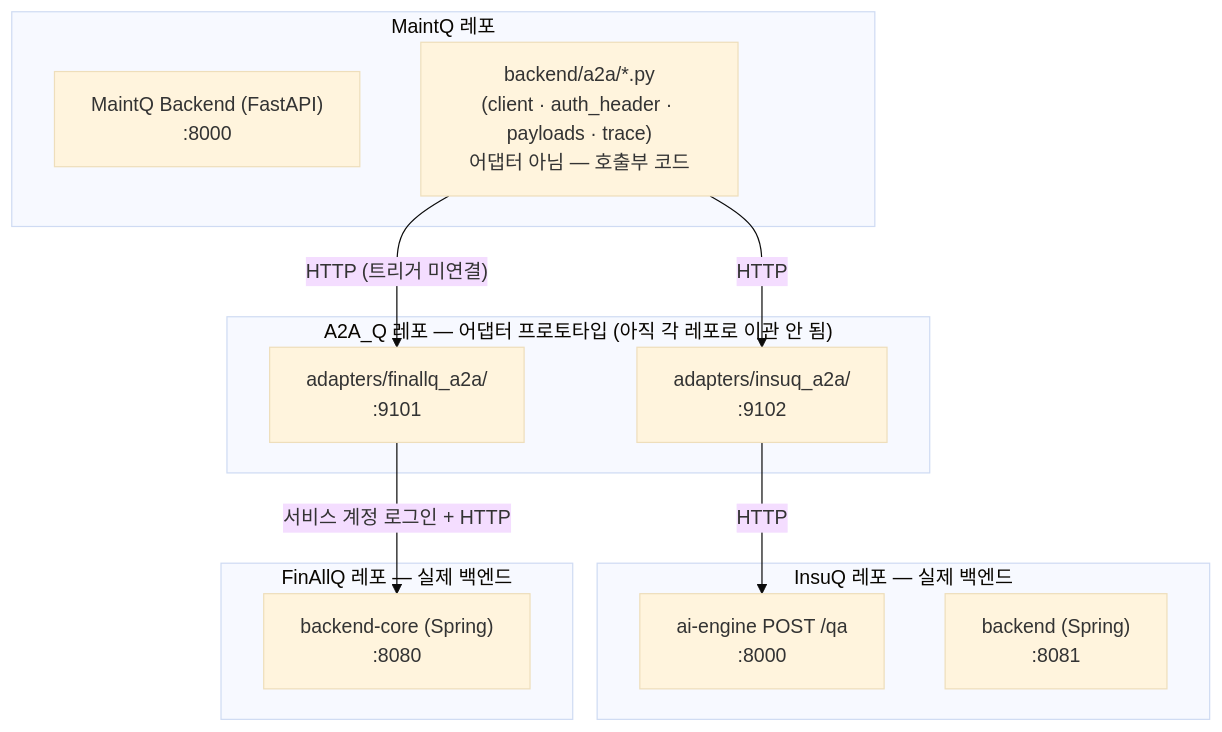
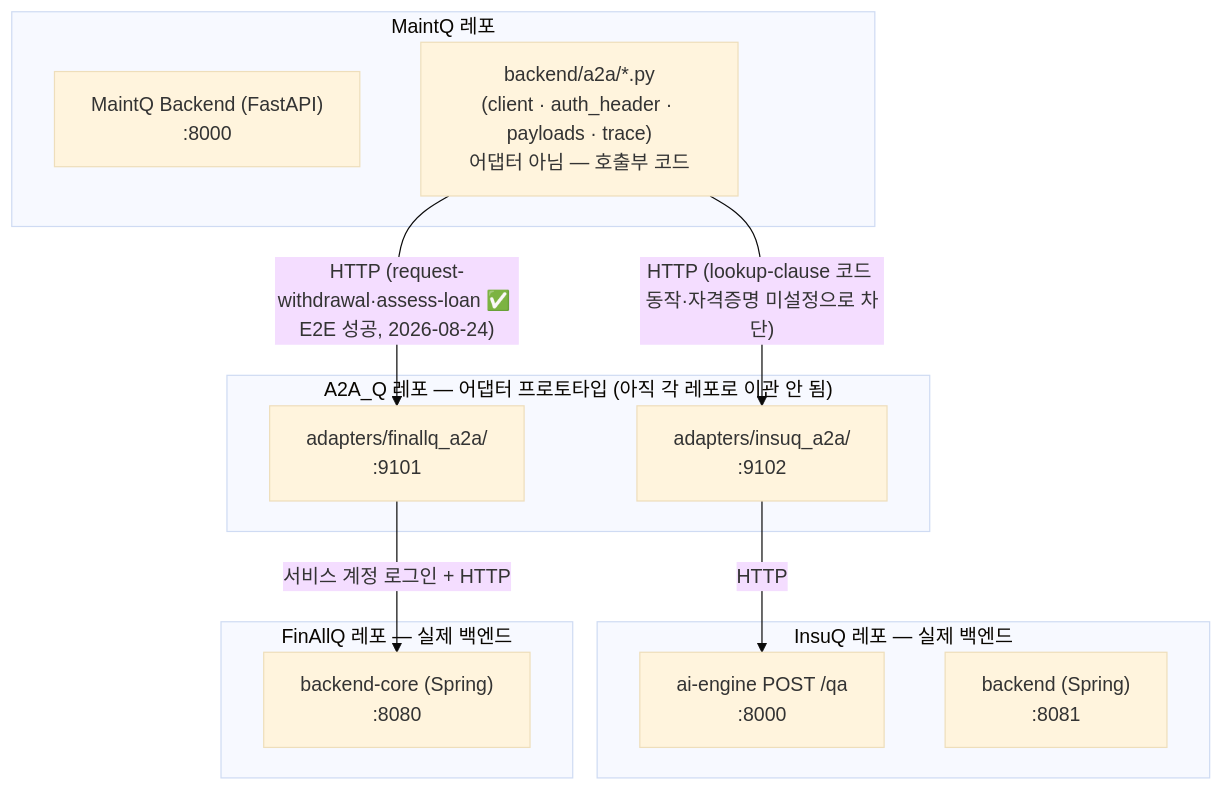
One commit to ttogle918/QMesh changed the fourth of 6 diagrams in A2A_DIAGRAMS.md. Above: the diagram before and after it, drawn with Mermaid (base theme). The commit also changed other lines of this file and 1 other file, not shown here.

First line of the commit message:
docs: MaintQ 아웃바운드 A2A 실 E2E 성공 반영 (request-withdrawal·assess-loan)

````diff
--- a/A2A_DIAGRAMS.md
+++ b/A2A_DIAGRAMS.md
@@ -126,26 +149,26 @@
 ```mermaid
 graph TD
     subgraph MAINTQ_REPO ["MaintQ 레포"]
         MQ_BACKEND["MaintQ Backend (FastAPI)<br>:8000"]
         MQ_A2A["backend/a2a/*.py<br>(client · auth_header · payloads · trace)<br>어댑터 아님 — 호출부 코드"]
     end
 
     subgraph A2A_Q_REPO ["A2A_Q 레포 — 어댑터 프로토타입 (아직 각 레포로 이관 안 됨)"]
         INSUQ_ADAPTER["adapters/insuq_a2a/<br>:9102"]
         FINALLQ_ADAPTER["adapters/finallq_a2a/<br>:9101"]
     end
 
     subgraph INSUQ_REPO ["InsuQ 레포 — 실제 백엔드"]
         INSUQ_AI["ai-engine POST /qa<br>:8000"]
         INSUQ_SPRING["backend (Spring)<br>:8081"]
     end
 
     subgraph FINALLQ_REPO ["FinAllQ 레포 — 실제 백엔드"]
         FA_CORE["backend-core (Spring)<br>:8080"]
     end
 
-    MQ_A2A -- "HTTP" --> INSUQ_ADAPTER
-    MQ_A2A -- "HTTP (트리거 미연결)" --> FINALLQ_ADAPTER
+    MQ_A2A -- "HTTP (lookup-clause 코드 동작·자격증명 미설정으로 차단)" --> INSUQ_ADAPTER
+    MQ_A2A -- "HTTP (request-withdrawal·assess-loan ✅ E2E 성공, 2026-08-24)" --> FINALLQ_ADAPTER
     INSUQ_ADAPTER -- "HTTP" --> INSUQ_AI
     FINALLQ_ADAPTER -- "서비스 계정 로그인 + HTTP" --> FA_CORE
 ```
````
